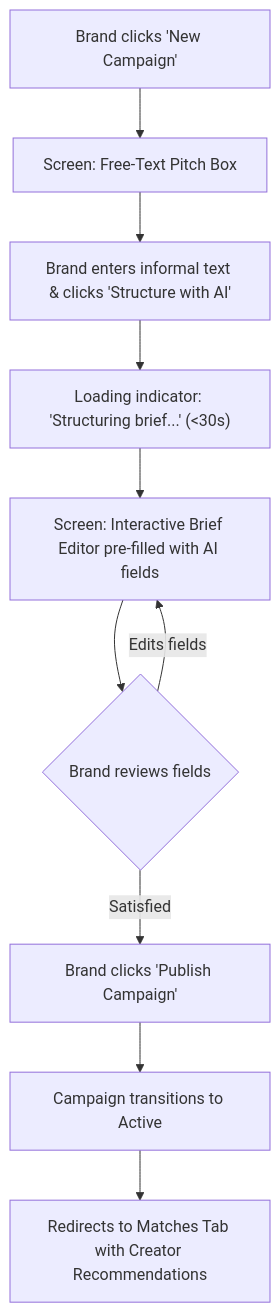
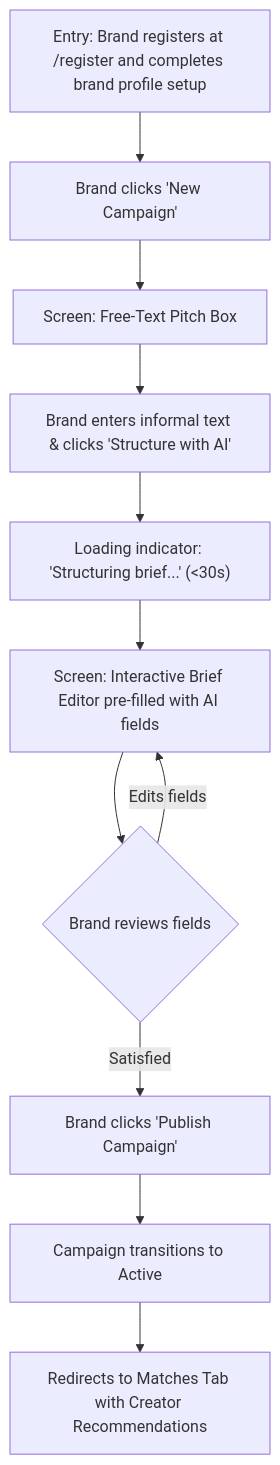
The first of 4 diagrams in docs/05-design/ux-flows.md (DEV-Nik06/collabtrust), drawn with Mermaid before and after one commit. The commit also changed other lines of this file and 48 other files, not shown here.

````diff
--- a/docs/05-design/ux-flows.md
+++ b/docs/05-design/ux-flows.md
@@ -49,12 +49,13 @@
 ```mermaid
 flowchart TD
+    A0["Entry: Brand registers at /register and completes brand profile setup"] --> A
     A["Brand clicks 'New Campaign'"] --> B["Screen: Free-Text Pitch Box"]
     B --> C["Brand enters informal text & clicks 'Structure with AI'"]
     C --> D["Loading indicator: 'Structuring brief...' (<30s)"]
     D --> E["Screen: Interactive Brief Editor pre-filled with AI fields"]
     E --> F{"Brand reviews fields"}
     F -->|Edits fields| E
     F -->|Satisfied| G["Brand clicks 'Publish Campaign'"]
     G --> H["Campaign transitions to Active"]
     H --> I["Redirects to Matches Tab with Creator Recommendations"]
 ```
````
